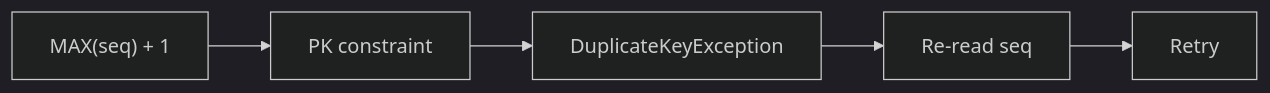
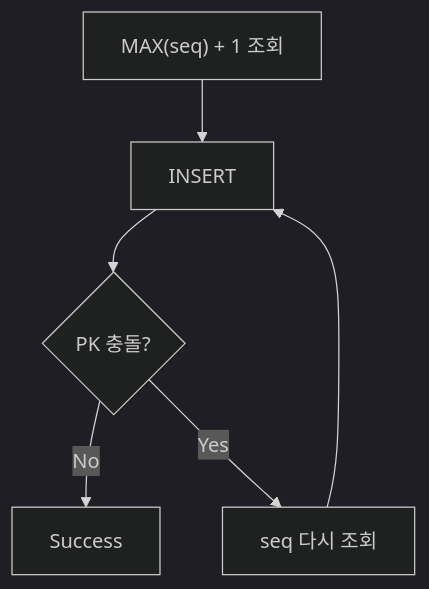
Before and after one commit to jw3418/jw3418.github.io: the second of 2 diagrams in _posts/2026-08-12-max-seq-concurrency.md, drawn with Mermaid (dark theme). The commit also changed other lines of this file, not shown here.

First line of the commit message:
Enhance concurrency discussion for MAX(seq) + 1

````diff
--- a/_posts/2026-08-12-max-seq-concurrency.md
+++ b/_posts/2026-08-12-max-seq-concurrency.md
@@ -141,7 +395,8 @@
 ```mermaid
-flowchart LR
-    C1["MAX(seq) + 1"] --> C2["PK constraint"]
-    C2 --> C3["DuplicateKeyException"]
-    C3 --> C4["Re-read seq"]
-    C4 --> C5["Retry"]
+flowchart TD
+    A["MAX(seq) + 1 조회"] --> B["INSERT"]
+    B --> C{"PK 충돌?"}
+    C -->|"No"| D["Success"]
+    C -->|"Yes"| E["seq 다시 조회"]
+    E --> B
 ```
````
